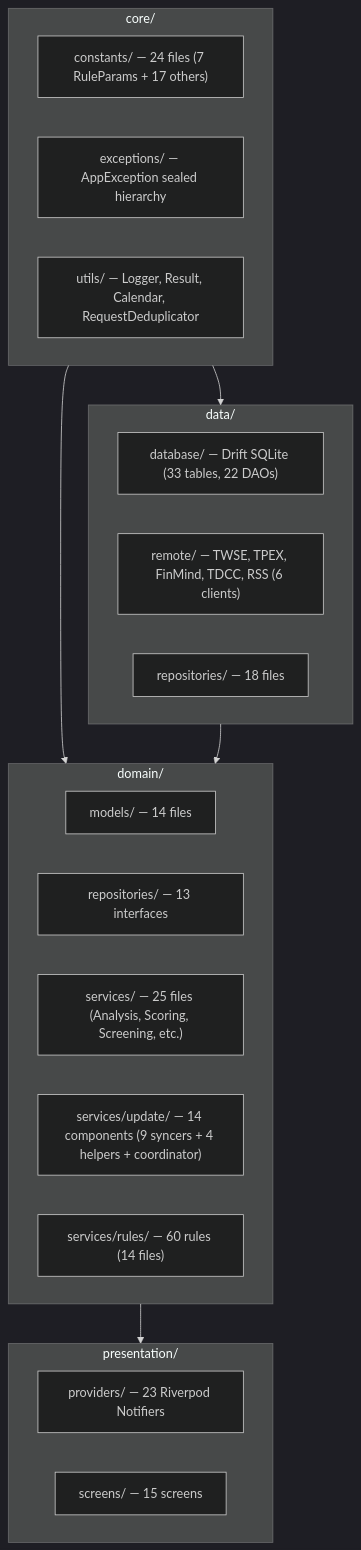
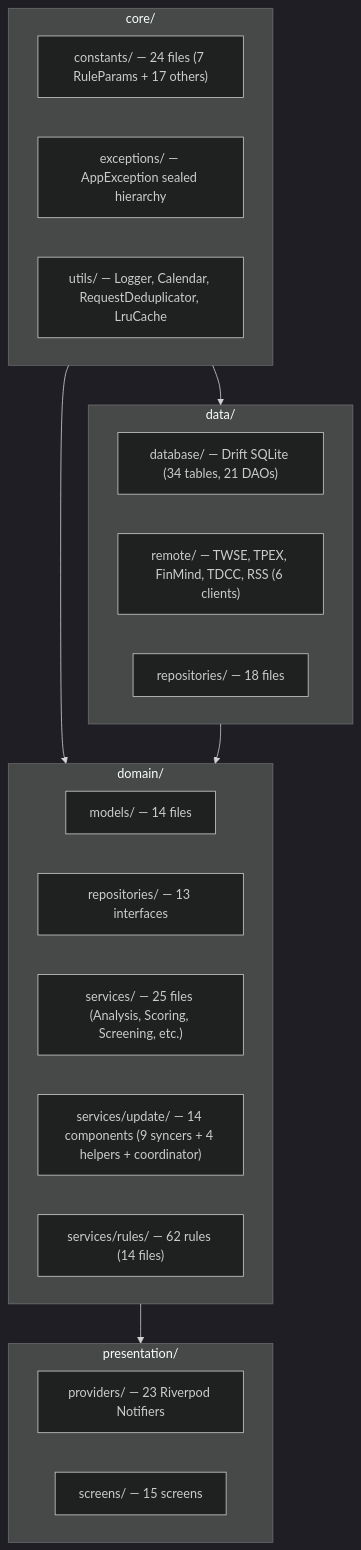
The second of 4 diagrams in CLAUDE.md (Neal75418/afterclose), drawn with Mermaid before and after one commit. The commit also changed other lines of this file and 4 other files, not shown here.

````diff
--- a/CLAUDE.md
+++ b/CLAUDE.md
@@ -55,33 +55,33 @@
 ```mermaid
 %%{init: {'theme': 'dark'}}%%
 flowchart TB
     subgraph Core["core/"]
         Constants["constants/ — 24 files (7 RuleParams + 17 others)"]
         Exceptions["exceptions/ — AppException sealed hierarchy"]
-        Utils["utils/ — Logger, Result, Calendar, RequestDeduplicator"]
+        Utils["utils/ — Logger, Calendar, RequestDeduplicator, LruCache"]
     end
 
     subgraph Data["data/"]
-        Database["database/ — Drift SQLite (33 tables, 22 DAOs)"]
+        Database["database/ — Drift SQLite (34 tables, 21 DAOs)"]
         Remote["remote/ — TWSE, TPEX, FinMind, TDCC, RSS (6 clients)"]
         Repos["repositories/ — 18 files"]
     end
 
     subgraph Domain["domain/"]
         Models["models/ — 14 files"]
         RepoIF["repositories/ — 13 interfaces"]
         Services["services/ — 25 files (Analysis, Scoring, Screening, etc.)"]
         Update["services/update/ — 14 components (9 syncers + 4 helpers + coordinator)"]
-        Rules["services/rules/ — 60 rules (14 files)"]
+        Rules["services/rules/ — 62 rules (14 files)"]
     end
 
     subgraph Presentation["presentation/"]
         Providers["providers/ — 23 Riverpod Notifiers"]
         Screens["screens/ — 15 screens"]
     end
 
     Core --> Data
     Core --> Domain
     Data --> Domain
     Domain --> Presentation
 ```
````
